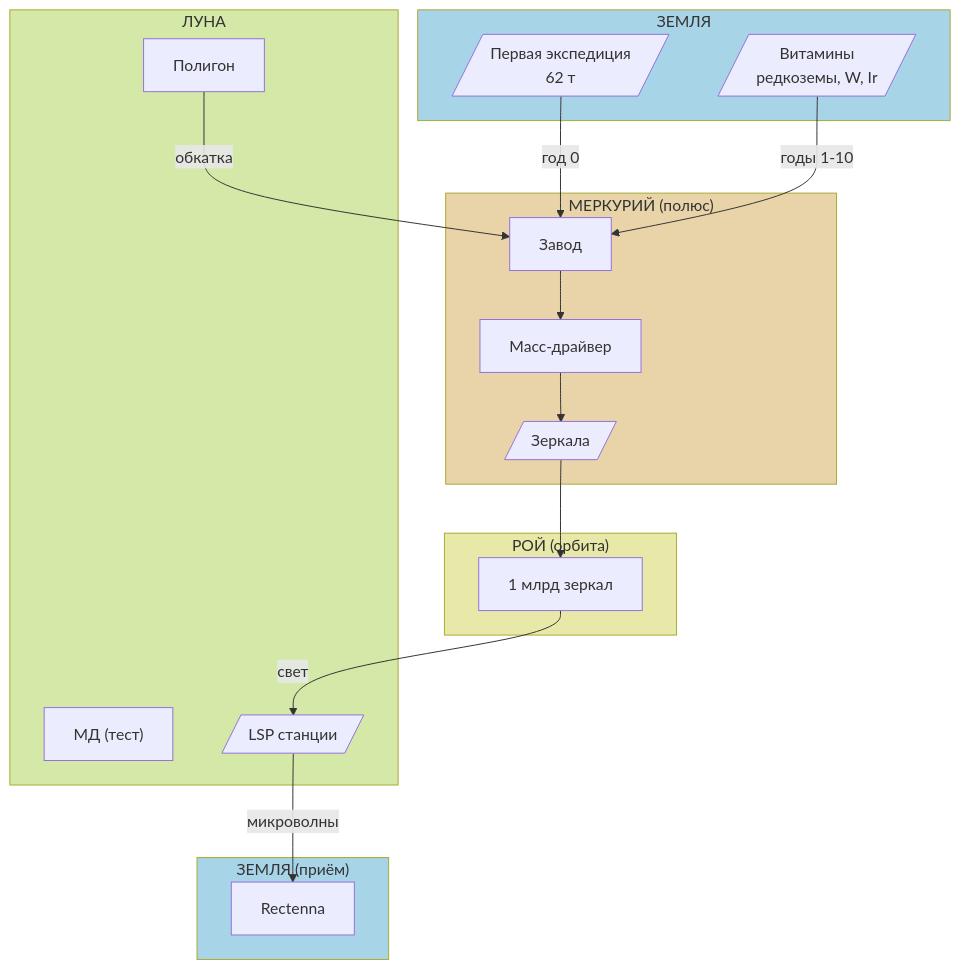
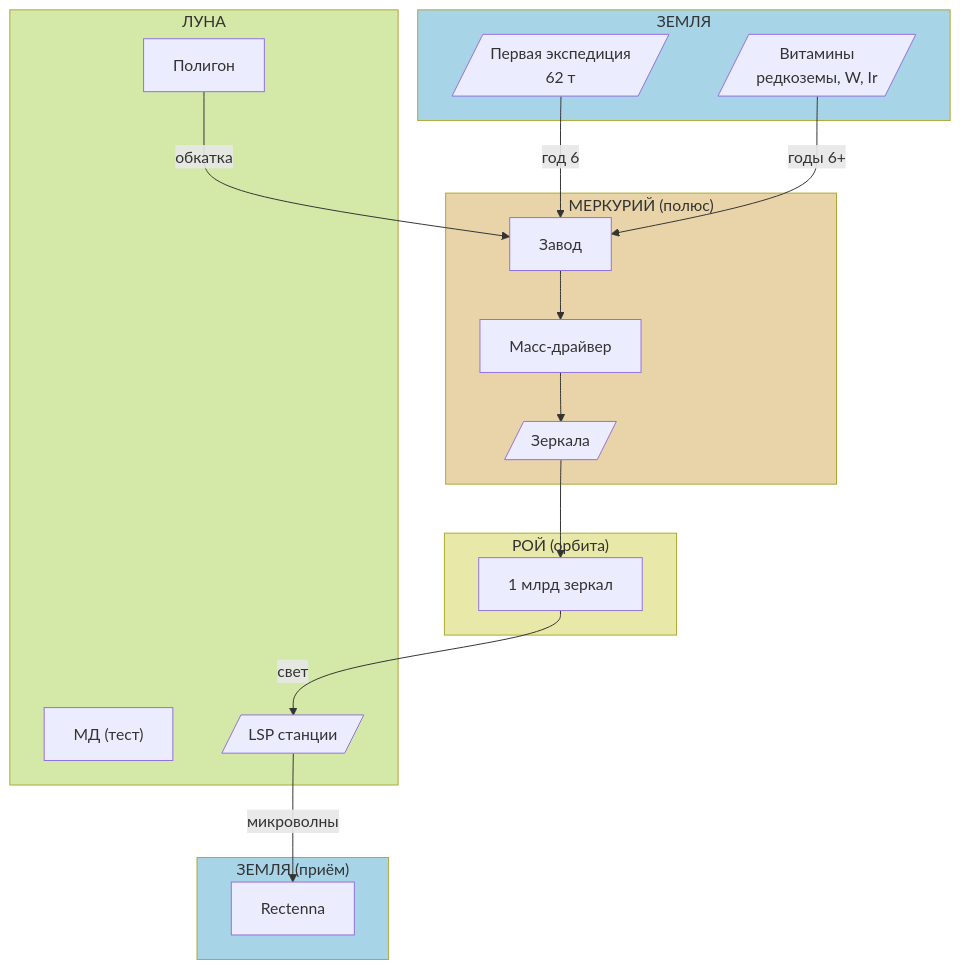
The sixth of 6 diagrams in ru/science/detailed/production.qmd (DmitryNasikanov/infinite-energy), drawn with Mermaid before and after one commit. The commit also changed other lines of this file and 71 other files, not shown here.

````diff
--- a/ru/science/detailed/production.qmd
+++ b/ru/science/detailed/production.qmd
@@ -928,43 +921,43 @@
 ```{mermaid}
 flowchart TD
     subgraph ЗЕМЛЯ["ЗЕМЛЯ"]
         E1[/"Первая экспедиция<br/>62 т"/]
         E2[/"Витамины<br/>редкоземы, W, Ir"/]
     end
 
     subgraph МЕРКУРИЙ["МЕРКУРИЙ (полюс)"]
         M1["Завод"]
         M2["Масс-драйвер"]
         M3[/"Зеркала"/]
     end
 
     subgraph РОЙ["РОЙ (орбита)"]
         R1["1 млрд зеркал"]
     end
 
     subgraph ЛУНА["ЛУНА"]
         L1["Полигон"]
         L2["МД (тест)"]
         L3[/"LSP станции"/]
     end
 
     subgraph ЗЕМЛЯ2["ЗЕМЛЯ (приём)"]
         H1["Rectenna"]
     end
 
-    E1 -->|"год 0"| M1
-    E2 -->|"годы 1-10"| M1
+    E1 -->|"год 6"| M1
+    E2 -->|"годы 6+"| M1
     M1 --> M2
     M2 --> M3
     M3 --> R1
     R1 -->|"свет"| L3
     L3 -->|"микроволны"| H1
 
     L1 -->|"обкатка"| M1
 
     style ЗЕМЛЯ fill:#a8d4e8
     style ЗЕМЛЯ2 fill:#a8d4e8
     style МЕРКУРИЙ fill:#e8d4a8
     style РОЙ fill:#e8e8a8
     style ЛУНА fill:#d4e8a8
 ```
````
